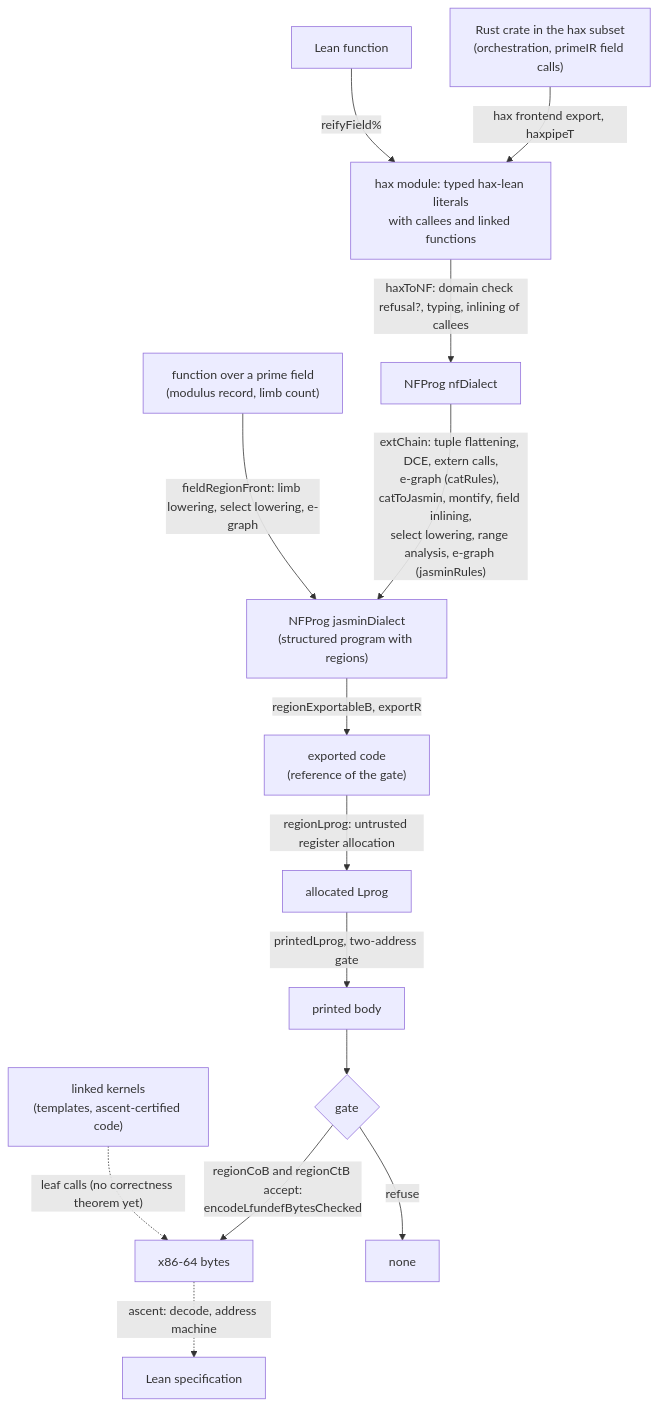
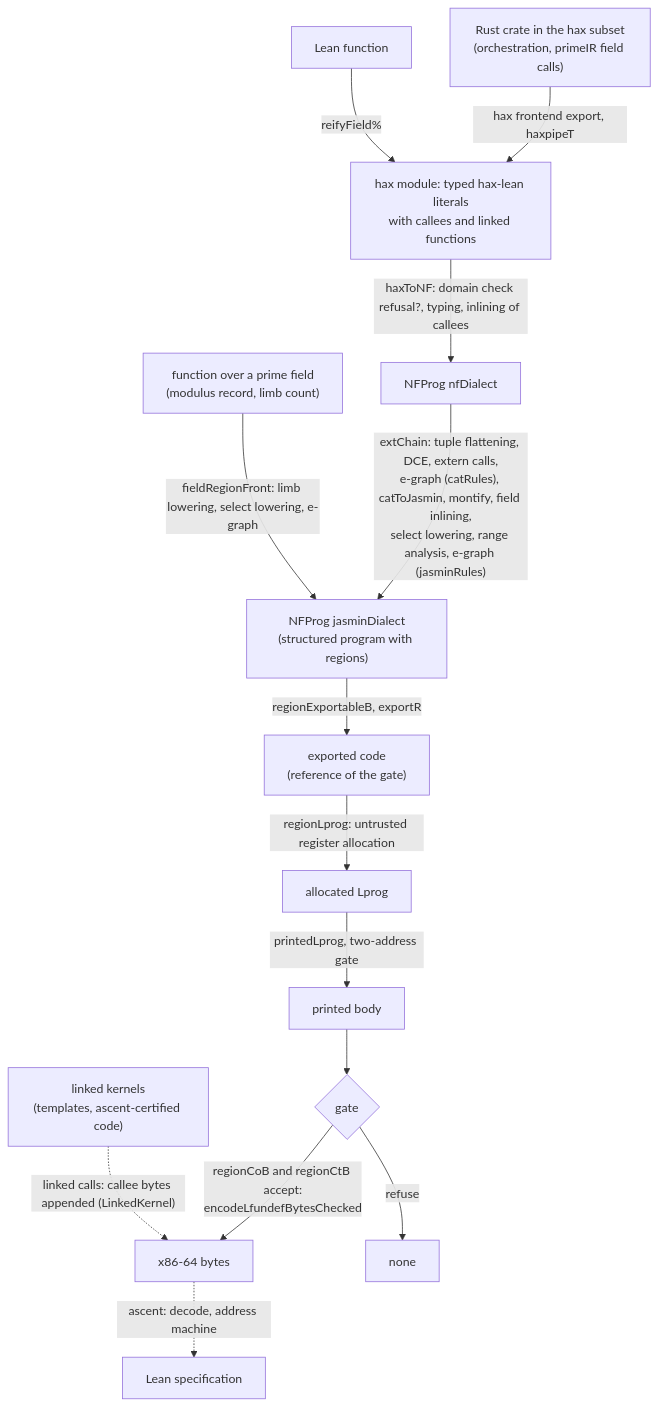
One commit to spitters/catcrypt-compiler changed the diagram in PIPELINE.md. Above: the diagram before and after it, drawn with Mermaid. The commit also changed other lines of this file and 91 other files, not shown here.

````diff
--- a/PIPELINE.md
+++ b/PIPELINE.md
@@ -16,31 +29,31 @@
 ```mermaid
 flowchart TD
     RUST["Rust crate in the hax subset<br/>(orchestration, primeIR field calls)"]
     LEAN["Lean function"]
     TPL["function over a prime field<br/>(modulus record, limb count)"]
     MOD["hax module: typed hax-lean literals<br/>with callees and linked functions"]
     NF["NFProg nfDialect"]
     JNF["NFProg jasminDialect<br/>(structured program with regions)"]
     REF["exported code<br/>(reference of the gate)"]
     ALLOC["allocated Lprog"]
     PRINT["printed body"]
     GATE{"gate"}
     BYTES["x86-64 bytes"]
     NONE["none"]
     KERN["linked kernels<br/>(templates, ascent-certified code)"]
     SPEC["Lean specification"]
 
     RUST -->|"hax frontend export, haxpipeT"| MOD
     LEAN -->|"reifyField%"| MOD
     MOD -->|"haxToNF: domain check refusal?, typing, inlining of callees"| NF
     NF -->|"extChain: tuple flattening, DCE, extern calls,<br/>e-graph (catRules), catToJasmin, montify, field inlining,<br/>select lowering, range analysis, e-graph (jasminRules)"| JNF
     TPL -->|"fieldRegionFront: limb lowering, select lowering, e-graph"| JNF
     JNF -->|"regionExportableB, exportR"| REF
     REF -->|"regionLprog: untrusted register allocation"| ALLOC
     ALLOC -->|"printedLprog, two-address gate"| PRINT
     PRINT --> GATE
     GATE -->|"regionCoB and regionCtB accept:<br/>encodeLfundefBytesChecked"| BYTES
     GATE -->|"refuse"| NONE
-    KERN -.->|"leaf calls (no correctness theorem yet)"| BYTES
+    KERN -.->|"linked calls: callee bytes appended (LinkedKernel)"| BYTES
     BYTES -.->|"ascent: decode, address machine"| SPEC
 ```
````
